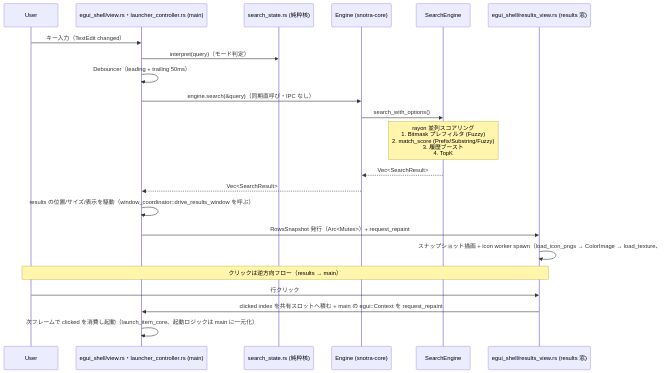
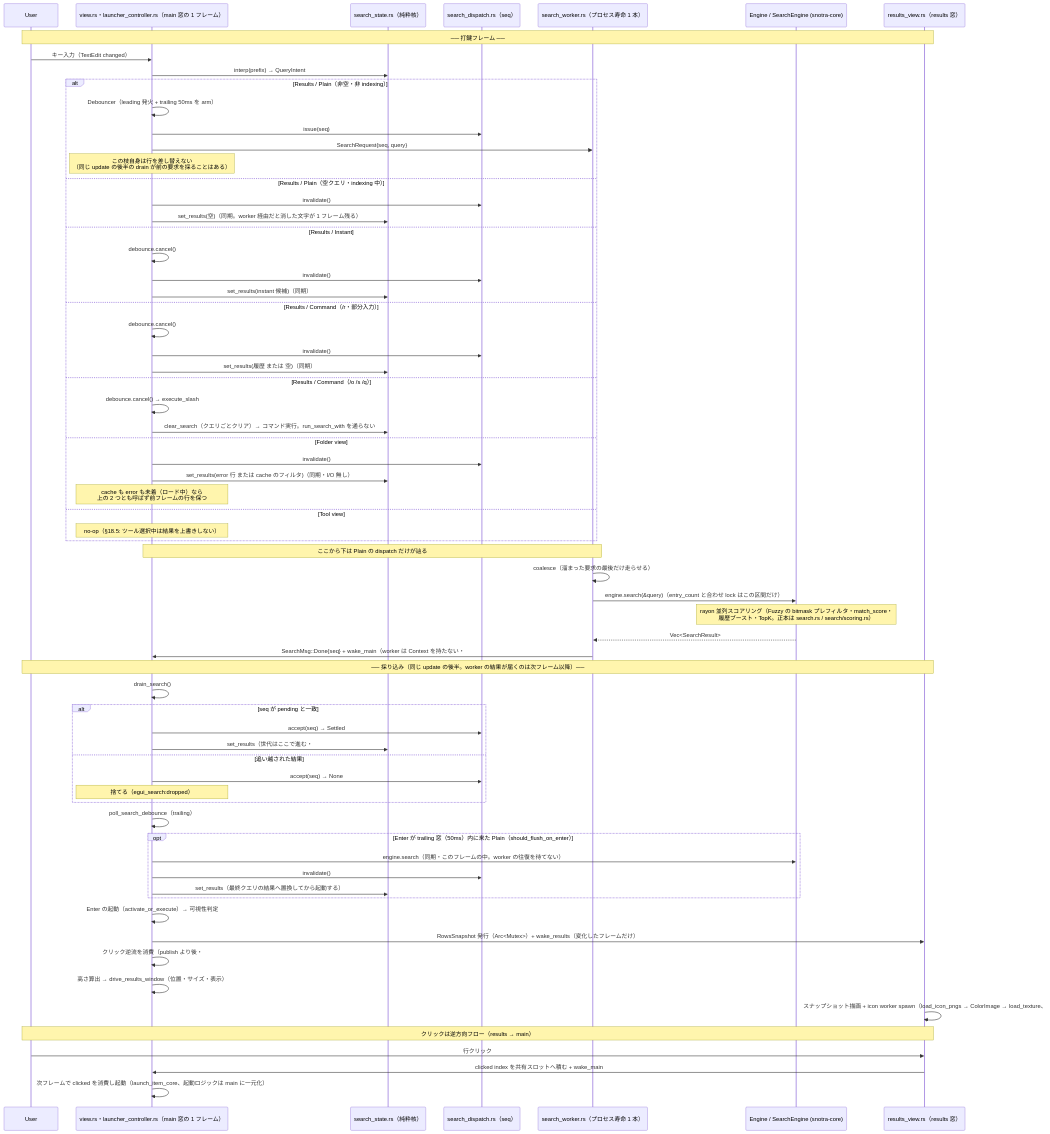
One commit to finelagusaz/Snotra changed the diagram in docs/architecture.md. Above: the diagram before and after it, drawn with Mermaid. The commit also changed other lines of this file, not shown here.

Commit message:
docs(architecture): 検索フロー節を worker 化後の as-built へ直す (#1035)
#1004（d045766）が docs/architecture.md を触らなかったため、検索フロー節が
実装と食い違っていた。偽になっていたのは engine.search の同期直呼び、
supersede/single-flight は不要という判断、非同期は folder/アイコン/起動だけ
という記述である。

図を as-built へ直したうえで、費用の在り処が読めるように構造を足した。
QueryIntent による分岐（worker へ出るのは Plain の打鍵だけである）、同じ
update の前半で dispatch し後半で drain する形、そして Enter の例外である。
#1032 が 11〜61 ms と実測した区間は、旧図では矢印 1 本に潰れていた。

Enter は受容として書いた。trailing 窓内の Enter は worker の往復を待てず、
on_enter がその場で同期 engine.search を走らせる。結果を確定させる Enter は
1 回だけであり、打鍵ごとに払う費用ではない。IME 変換確定の Enter がここへ
紛れないのは、read_post_widget_input が response.changed() より後で Enter を
読むためである。

図を起こす過程で見えた観察を、未再現と明記して残した。enter_tool と
on_escape は SearchState の results を直に置き換えるため invalidate の規律の
外にあり、drain_search に view 種別のガードは無い。

検証は governance:check（*.md は PostToolUse hook が沈黙するため手で走らせた）
と、mermaid.parse() による構文の実測である。草案は Codex の非対話レビューを
2 巡させ、指摘をすべて一次証拠で測り直した。うち 4 件は主張の射程が実装より
広い誤りで、いずれも自分で書いた全称・数え上げだった。

````diff
--- a/docs/architecture.md
+++ b/docs/architecture.md
@@ -153,28 +153,73 @@
 ```mermaid
 sequenceDiagram
     participant User
-    participant View as egui_shell/view.rs・launcher_controller.rs (main)
-    participant State as search_state.rs (純粋核)
-    participant Eng as Engine (snotra-core)
-    participant SE as SearchEngine
-    participant Results as egui_shell/results_view.rs (results 窓)
+    participant View as view.rs・launcher_controller.rs（main 窓の 1 フレーム）
+    participant State as search_state.rs（純粋核）
+    participant Disp as search_dispatch.rs（seq）
+    participant W as search_worker.rs（プロセス寿命 1 本）
+    participant Eng as Engine / SearchEngine (snotra-core)
+    participant Results as results_view.rs（results 窓）
 
+    Note over User,Results: ── 打鍵フレーム ──
     User->>View: キー入力（TextEdit changed）
-    View->>State: interpret(query)（モード判定）
-    View->>View: Debouncer（leading + trailing 50ms）
-    View->>Eng: engine.search(&query)（同期直呼び・IPC なし）
-    Eng->>SE: search_with_options()
+    View->>State: interp(prefix) → QueryIntent
+    alt Results / Plain（非空・非 indexing）
+        View->>View: Debouncer（leading 発火 + trailing 50ms を arm）
+        View->>Disp: issue(seq)
+        View->>W: SearchRequest{seq, query}
+        Note over View: この枝自身は行を差し替えない<br/>（同じ update の後半の drain が前の要求を採ることはある）
+    else Results / Plain（空クエリ・indexing 中）
+        View->>Disp: invalidate()
+        View->>State: set_results(空)（同期。worker 経由だと消した文字が 1 フレーム残る）
+    else Results / Instant
+        View->>View: debounce.cancel()
+        View->>Disp: invalidate()
+        View->>State: set_results(instant 候補)（同期）
+    else Results / Command（/r・部分入力）
+        View->>View: debounce.cancel()
+        View->>Disp: invalidate()
+        View->>State: set_results(履歴 または 空)（同期）
+    else Results / Command（/o /s /q）
+        View->>View: debounce.cancel() → execute_slash
+        View->>State: clear_search（クエリごとクリア）→ コマンド実行。run_search_with を通らない
+    else Folder view
+        View->>Disp: invalidate()
+        View->>State: set_results(error 行 または cache のフィルタ)（同期・I/O 無し）
+        Note over View: cache も error も未着（ロード中）なら<br/>上の 2 つとも呼ばず前フレームの行を保つ
+    else Tool view
+        Note over View: no-op（§18.5: ツール選択中は結果を上書きしない）
+    end
 
-    Note over SE: rayon 並列スコアリング<br/>1. Bitmask プレフィルタ (Fuzzy)<br/>2. match_score (Prefix/Substring/Fuzzy)<br/>3. 履歴ブースト<br/>4. TopK
+    Note over View,W: ここから下は Plain の dispatch だけが辿る
+    W->>W: coalesce（溜まった要求の最後だけ走らせる）
+    W->>Eng: engine.search(&query)（entry_count と合わせ lock はこの区間だけ）
+    Note over Eng: rayon 並列スコアリング（Fuzzy の bitmask プレフィルタ・match_score・<br/>履歴ブースト・TopK。正本は search.rs / search/scoring.rs）
+    Eng-->>W: Vec<SearchResult>
+    W->>View: SearchMsg::Done{seq} + wake_main（worker は Context を持たない・#671 PR D）
 
-    SE-->>Eng: Vec<SearchResult>
-    Eng-->>View: Vec<SearchResult>
-    View->>View: results の位置/サイズ/表示を駆動（window_coordinator::drive_results_window を呼ぶ）
-    View->>Results: RowsSnapshot 発行（Arc<Mutex>）+ request_repaint
+    Note over User,Results: ── 採り込み（同じ update の後半。worker の結果が届くのは次フレーム以降）──
+    View->>View: drain_search()
+    alt seq が pending と一致
+        View->>Disp: accept(seq) → Settled
+        View->>State: set_results（世代はここで進む・#699）
+    else 追い越された結果
+        View->>Disp: accept(seq) → None
+        Note over View: 捨てる（egui_search:dropped）
+    end
+    View->>View: poll_search_debounce（trailing）
+    opt Enter が trailing 窓（50ms）内に来た Plain（should_flush_on_enter）
+        View->>Eng: engine.search（同期・このフレームの中。worker の往復を待てない）
+        View->>Disp: invalidate()
+        View->>State: set_results（最終クエリの結果へ置換してから起動する）
+    end
+    View->>View: Enter の起動（activate_or_execute）→ 可視性判定
+    View->>Results: RowsSnapshot 発行（Arc<Mutex>）+ wake_results（変化したフレームだけ）
+    View->>View: クリック逆流を消費（publish より後・#699）
+    View->>View: 高さ算出 → drive_results_window（位置・サイズ・表示）
     Results->>Results: スナップショット描画 + icon worker spawn（load_icon_pngs → ColorImage → load_texture、#646 PR2 で view.rs から移管）
 
     Note over User,Results: クリックは逆方向フロー（results → main）
     User->>Results: 行クリック
-    Results->>View: clicked index を共有スロットへ積む + main の egui::Context を request_repaint
+    Results->>View: clicked index を共有スロットへ積む + wake_main
     View->>View: 次フレームで clicked を消費し起動（launch_item_core、起動ロジックは main に一元化）
 ```
````
